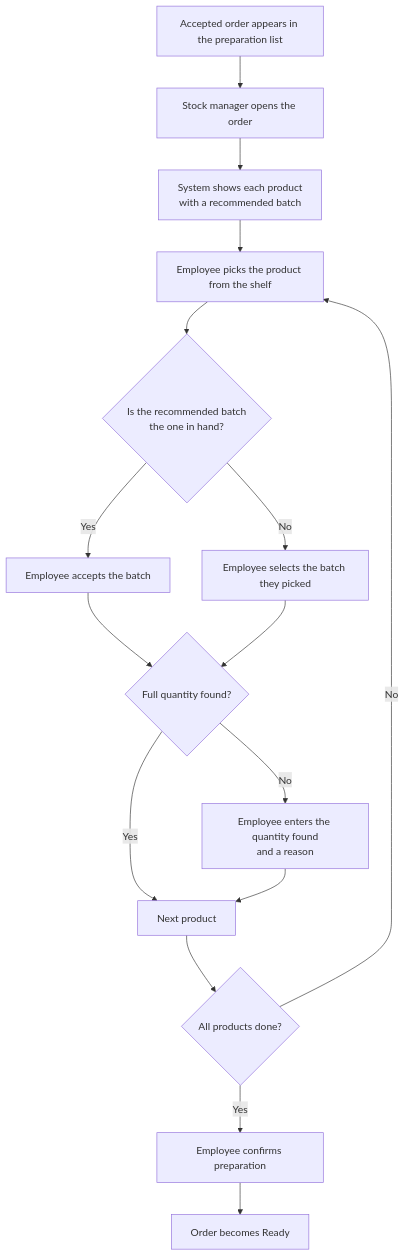
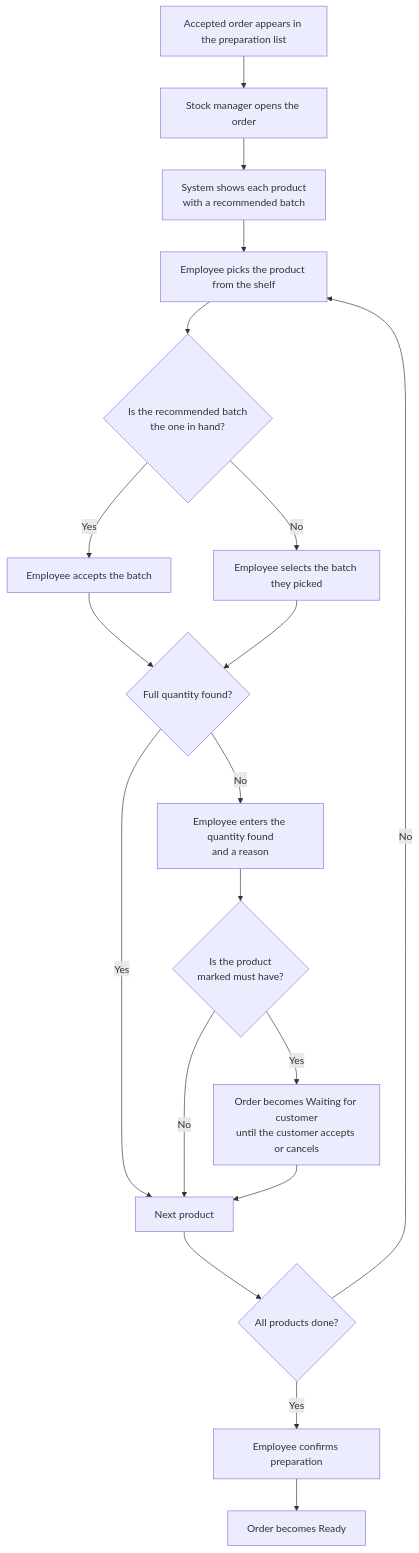
One commit to AhmedElnagarUU/Cosmo changed the first of 2 diagrams in docs/workflows/03-order-preparation.md. Above: the diagram before and after it, drawn with Mermaid. The commit also changed other lines of this file and 28 other files, not shown here.

First line of the commit message:
Confirm open decisions: offers, supplier returns, must-have products, working hours

````diff
--- a/docs/workflows/03-order-preparation.md
+++ b/docs/workflows/03-order-preparation.md
@@ -7,18 +7,21 @@
 ```mermaid
 flowchart TD
     A[Accepted order appears in the preparation list] --> B[Stock manager opens the order]
     B --> C[System shows each product<br/>with a recommended batch]
     C --> D[Employee picks the product from the shelf]
     D --> E{Is the recommended batch<br/>the one in hand?}
     E -- Yes --> F[Employee accepts the batch]
     E -- No --> G[Employee selects the batch they picked]
     F --> H{Full quantity found?}
     G --> H
     H -- Yes --> I[Next product]
     H -- No --> J[Employee enters the quantity found<br/>and a reason]
-    J --> I
+    J --> J2{Is the product<br/>marked must have?}
+    J2 -- No --> I
+    J2 -- Yes --> J3[Order becomes Waiting for customer<br/>until the customer accepts or cancels]
+    J3 --> I
     I --> K{All products done?}
     K -- No --> D
     K -- Yes --> L[Employee confirms preparation]
     L --> M[Order becomes Ready]
 ```
````
